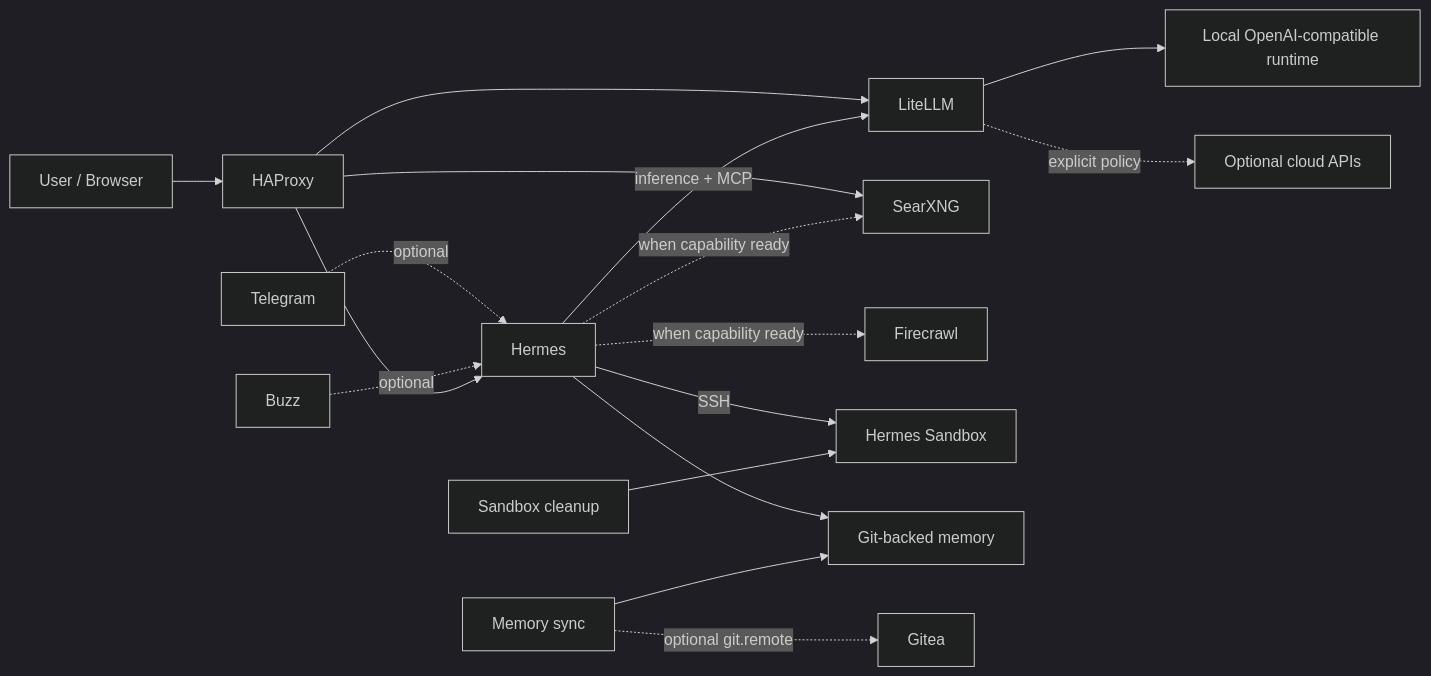
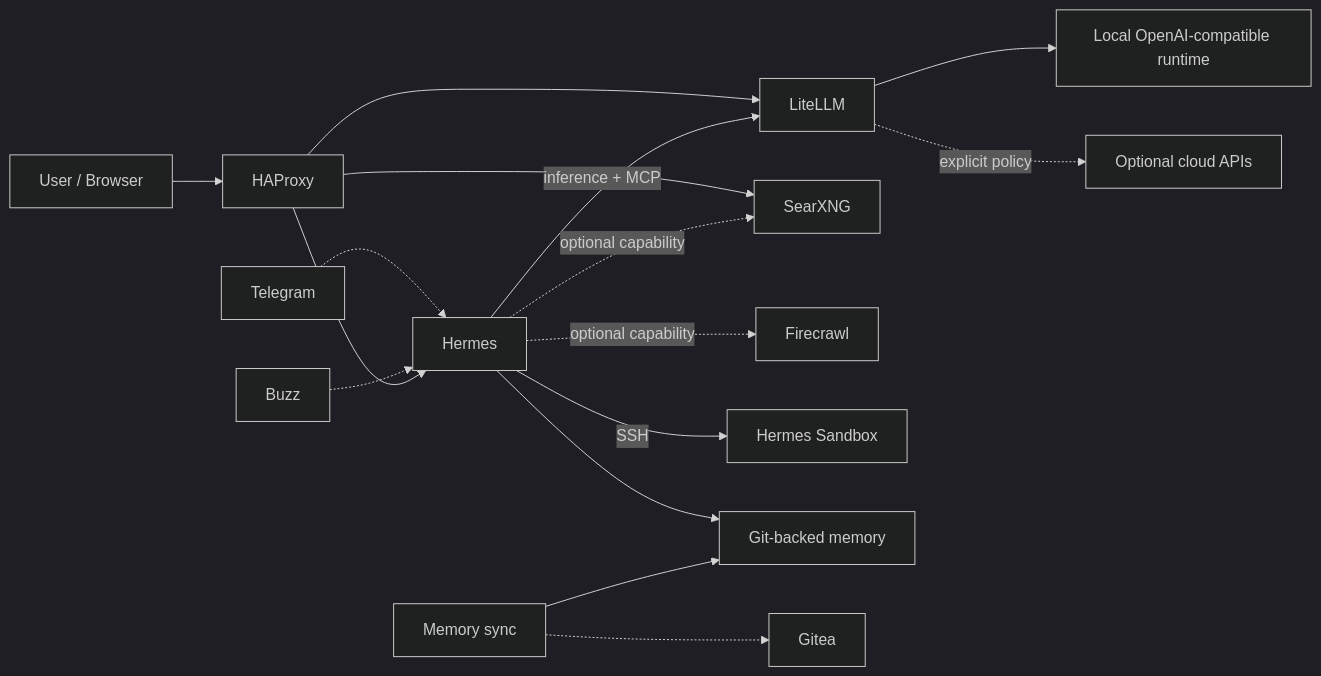
The third of 4 diagrams in README.md (ea1het/local_hybrid_ai), drawn with Mermaid (dark theme) before and after one commit. The commit also changed other lines of this file, not shown here.

Commit message:
Document converged PostgreSQL and clean-install architecture

````diff
--- a/README.md
+++ b/README.md
@@ -101,19 +150,18 @@
 ```mermaid
 flowchart LR
     U[User / Browser] --> HP[HAProxy]
-    TG[Telegram] -.->|optional| H[Hermes]
-    BZ[Buzz] -.->|optional| H
+    TG[Telegram] -.-> H[Hermes]
+    BZ[Buzz] -.-> H
     HP --> H
     HP --> LL[LiteLLM]
     HP --> SX[SearXNG]
     H -->|inference + MCP| LL
     LL --> LOCAL[Local OpenAI-compatible runtime]
     LL -.->|explicit policy| CLOUD[Optional cloud APIs]
-    H -.->|when capability ready| SX
-    H -.->|when capability ready| FC[Firecrawl]
+    H -.->|optional capability| SX
+    H -.->|optional capability| FC[Firecrawl]
     H -->|SSH| SB[Hermes Sandbox]
     H --> MEM[Git-backed memory]
-    MS[Memory sync] -.->|optional git.remote| G[Gitea]
+    MS[Memory sync] -.-> G[Gitea]
     MS --> MEM
-    CLEAN[Sandbox cleanup] --> SB
 ```
````
